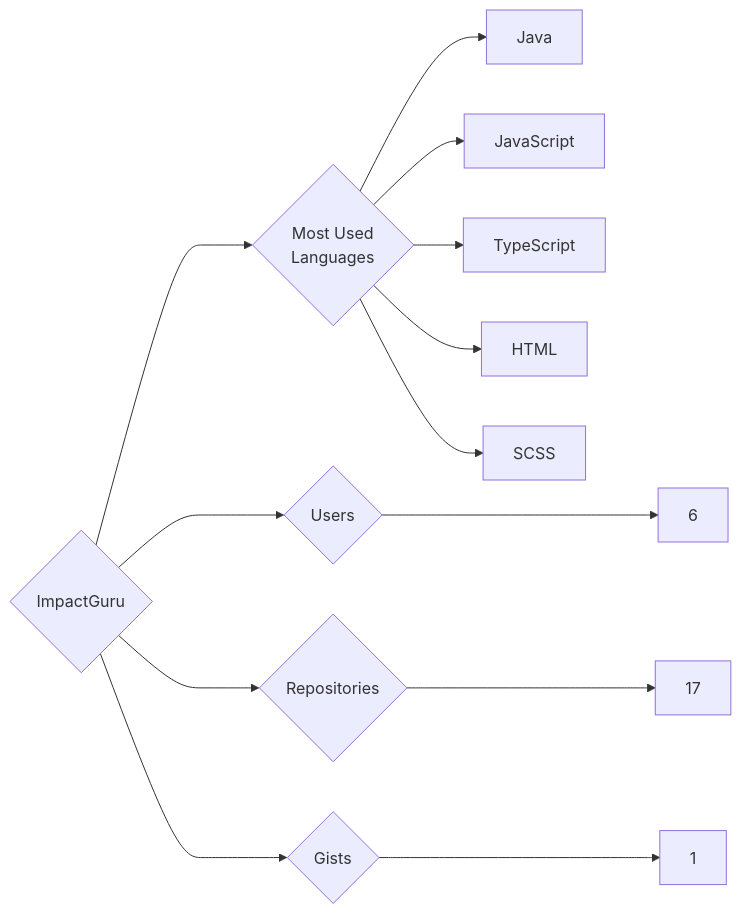
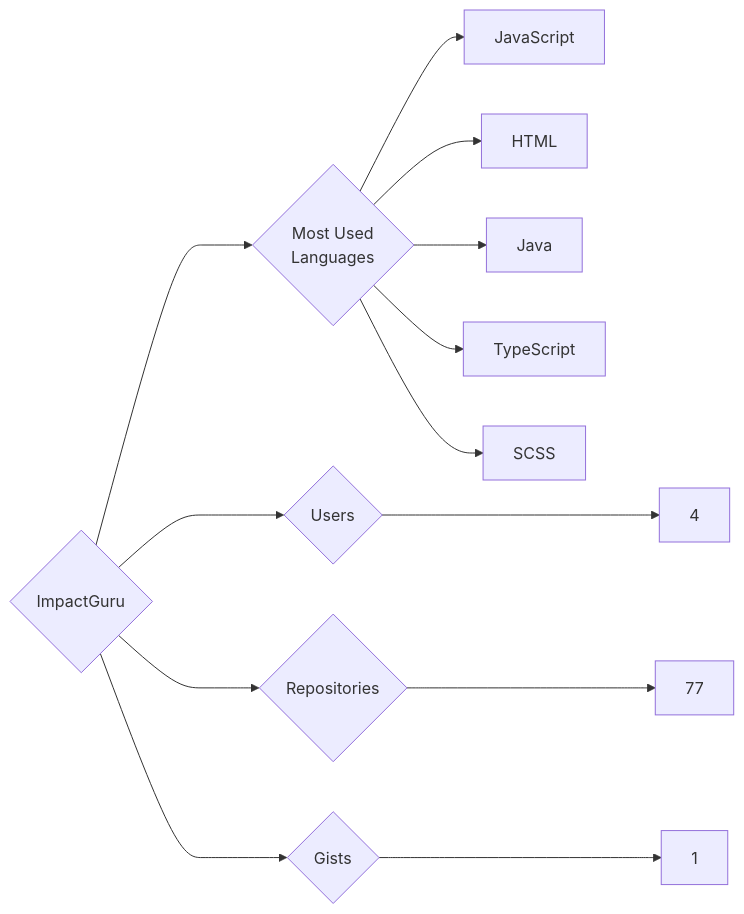
Before and after one commit to trickest/insiders: the diagram in targets/ImpactGuru/README.md, drawn with Mermaid. The commit also changed 870 other files, not shown here.

````diff
--- a/targets/ImpactGuru/README.md
+++ b/targets/ImpactGuru/README.md
@@ -3,13 +3,13 @@
 ```mermaid
 graph LR
 COMPANY_NAME{ImpactGuru}
-COMPANY_NAME ---> U{Users} ---> UN[6]
-COMPANY_NAME ---> R{Repositories} ---> RN[17]
+COMPANY_NAME ---> U{Users} ---> UN[4]
+COMPANY_NAME ---> R{Repositories} ---> RN[77]
 COMPANY_NAME ---> G{Gists} ---> GN[1]
 COMPANY_NAME ---> ML{Most Used<br>Languages}
+ML --> JavaScript[JavaScript]
+ML --> HTML[HTML]
 ML --> Java[Java]
-ML --> JavaScript[JavaScript]
 ML --> TypeScript[TypeScript]
-ML --> HTML[HTML]
 ML --> SCSS[SCSS]
 ```
````
